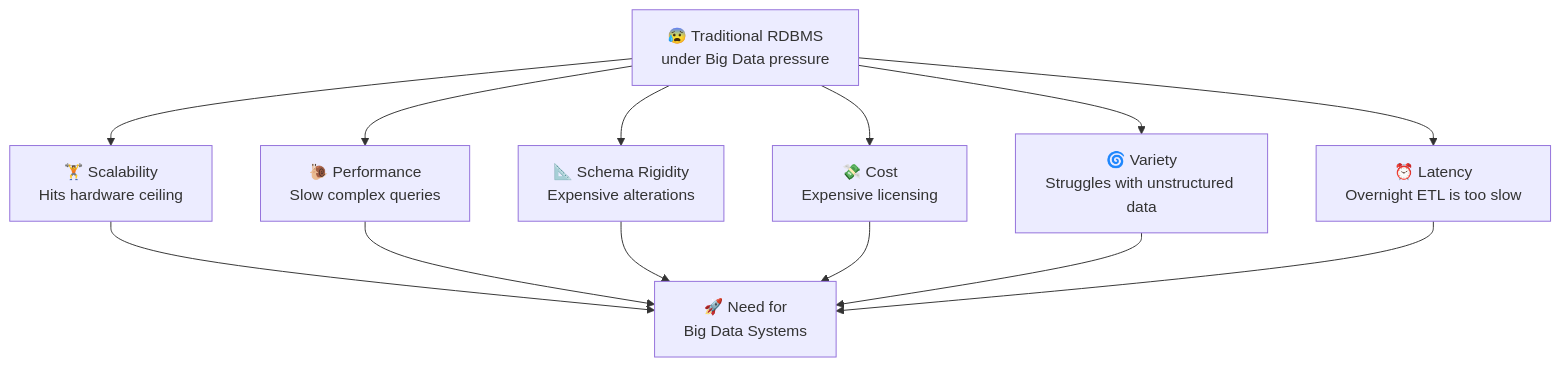
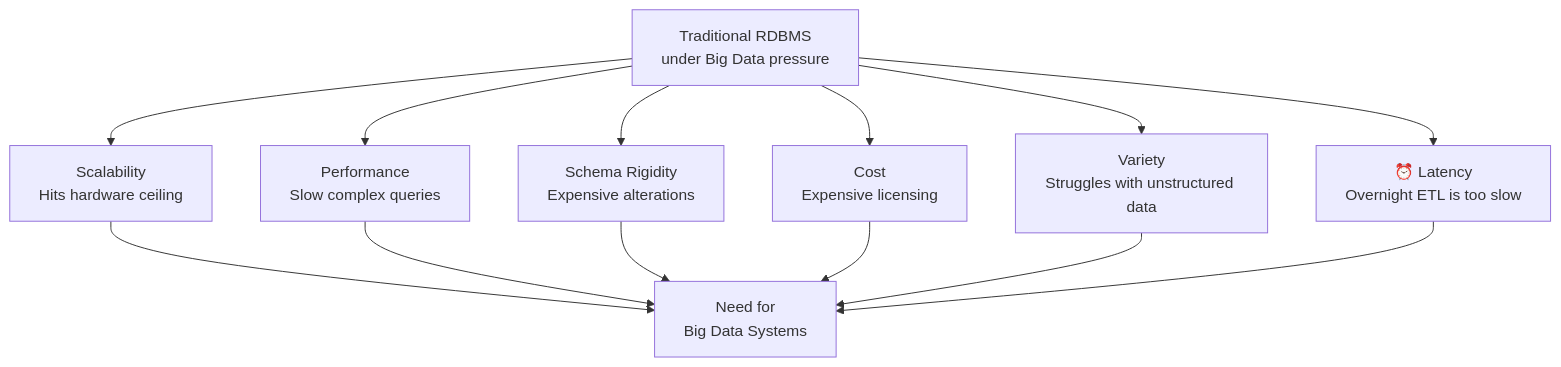
The fourth of 9 diagrams in UNITS/UNIT 1/unit-1-english-fun.md (NK2552003/Big-Data-Survival-Guide), drawn with Mermaid before and after one commit. The commit also changed other lines of this file and 78 other files, not shown here.

````diff
--- a/UNITS/UNIT 1/unit-1-english-fun.md
+++ b/UNITS/UNIT 1/unit-1-english-fun.md
@@ -504,18 +504,18 @@
 ```mermaid
 flowchart TB
-    RDBMS["😰 Traditional RDBMS\nunder Big Data pressure"]
-    
-    RDBMS --> S["🏋️ Scalability\nHits hardware ceiling"]
-    RDBMS --> P["🐌 Performance\nSlow complex queries"]
-    RDBMS --> SC["📐 Schema Rigidity\nExpensive alterations"]
-    RDBMS --> C["💸 Cost\nExpensive licensing"]
-    RDBMS --> V["🌀 Variety\nStruggles with unstructured data"]
-    RDBMS --> L["⏰ Latency\nOvernight ETL is too slow"]
-    
-    S --> BD["🚀 Need for\nBig Data Systems"]
-    P --> BD
-    SC --> BD
-    C --> BD
-    V --> BD
-    L --> BD
+ RDBMS[" Traditional RDBMS\nunder Big Data pressure"]
+
+ RDBMS --> S[" Scalability\nHits hardware ceiling"]
+ RDBMS --> P[" Performance\nSlow complex queries"]
+ RDBMS --> SC[" Schema Rigidity\nExpensive alterations"]
+ RDBMS --> C[" Cost\nExpensive licensing"]
+ RDBMS --> V[" Variety\nStruggles with unstructured data"]
+ RDBMS --> L["⏰ Latency\nOvernight ETL is too slow"]
+
+ S --> BD[" Need for\nBig Data Systems"]
+ P --> BD
+ SC --> BD
+ C --> BD
+ V --> BD
+ L --> BD
 ```
````
